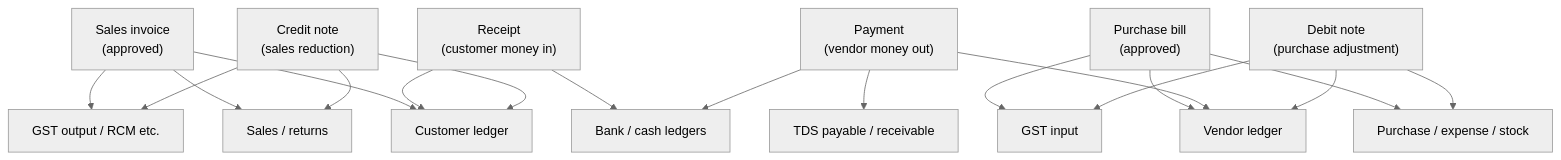
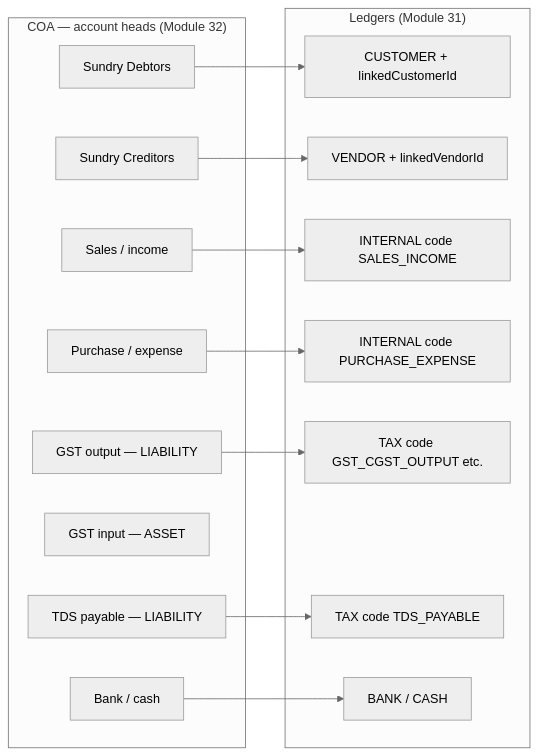
Before and after one commit to Aurifex-Innovations/ERP_docs: the second of 23 diagrams in Specifications/Accounts_Final/Graphical_Testing_guide.md, drawn with Mermaid (neutral theme). The commit also changed other lines of this file, not shown here.

Commit message:
docs: add graphical testing guide for accounting scenarios, COA, and ledger linkage

````diff
--- a/Specifications/Accounts_Final/Graphical_Testing_guide.md
+++ b/Specifications/Accounts_Final/Graphical_Testing_guide.md
@@ -64,41 +72,31 @@
 ```mermaid
-flowchart TB
-  INV["Sales invoice<br/>(approved)"]
-  RCP["Receipt<br/>(customer money in)"]
-  CN["Credit note<br/>(sales reduction)"]
-  BILL["Purchase bill<br/>(approved)"]
-  PAY["Payment<br/>(vendor money out)"]
-  DN["Debit note<br/>(purchase adjustment)"]
+flowchart LR
+  subgraph COA["COA — account heads (Module 32)"]
+    H_AR["Sundry Debtors"]
+    H_AP["Sundry Creditors"]
+    H_INC["Sales / income"]
+    H_EXP["Purchase / expense"]
+    H_GST_O["GST output — LIABILITY"]
+    H_GST_I["GST input — ASSET"]
+    H_TDS["TDS payable — LIABILITY"]
+    H_BANK["Bank / cash"]
+  end
 
-  CUST["Customer ledger"]
-  VEND["Vendor ledger"]
-  BANK["Bank / cash ledgers"]
-  SALES["Sales / returns"]
-  PUR["Purchase / expense / stock"]
-  GSTO["GST output / RCM etc."]
-  GSTI["GST input"]
-  TDS["TDS payable / receivable"]
+  subgraph LED["Ledgers (Module 31)"]
+    L_CUST["CUSTOMER + linkedCustomerId"]
+    L_VEND["VENDOR + linkedVendorId"]
+    L_SALES["INTERNAL code SALES_INCOME"]
+    L_PUR["INTERNAL code PURCHASE_EXPENSE"]
+    L_GST["TAX code GST_CGST_OUTPUT etc."]
+    L_TDS["TAX code TDS_PAYABLE"]
+    L_BNK["BANK / CASH"]
+  end
 
-  INV --> CUST
-  INV --> SALES
-  INV --> GSTO
-
-  RCP --> CUST
-  RCP --> BANK
-
-  CN --> CUST
-  CN --> SALES
-  CN --> GSTO
-
-  BILL --> VEND
-  BILL --> PUR
-  BILL --> GSTI
-
-  PAY --> VEND
-  PAY --> BANK
-  PAY --> TDS
-
-  DN --> VEND
-  DN --> PUR
-  DN --> GSTI
+  H_AR --> L_CUST
+  H_AP --> L_VEND
+  H_INC --> L_SALES
+  H_EXP --> L_PUR
+  H_GST_O --> L_GST
+  H_TDS --> L_TDS
+  H_BANK --> L_BNK
 ```
````
